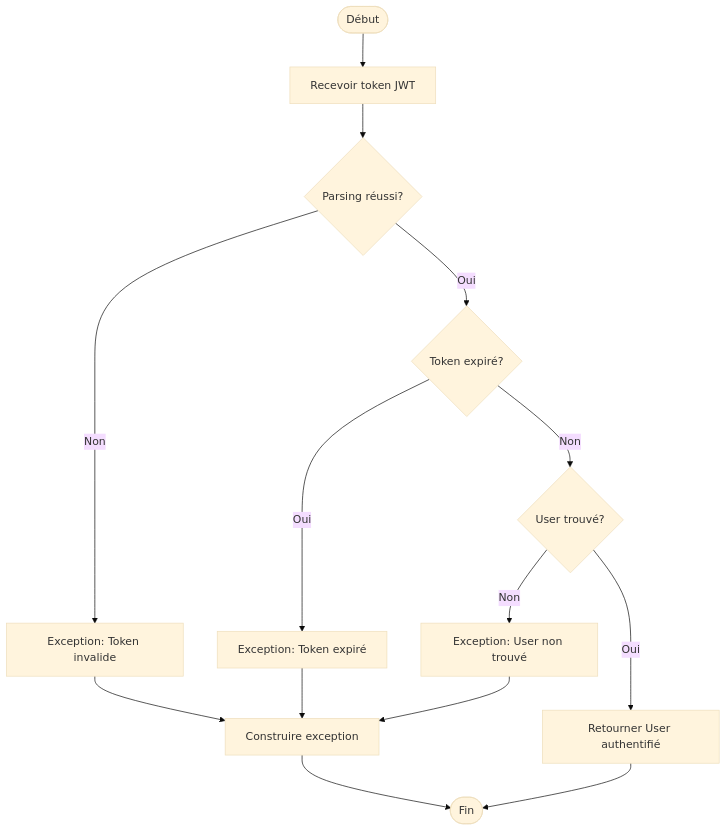
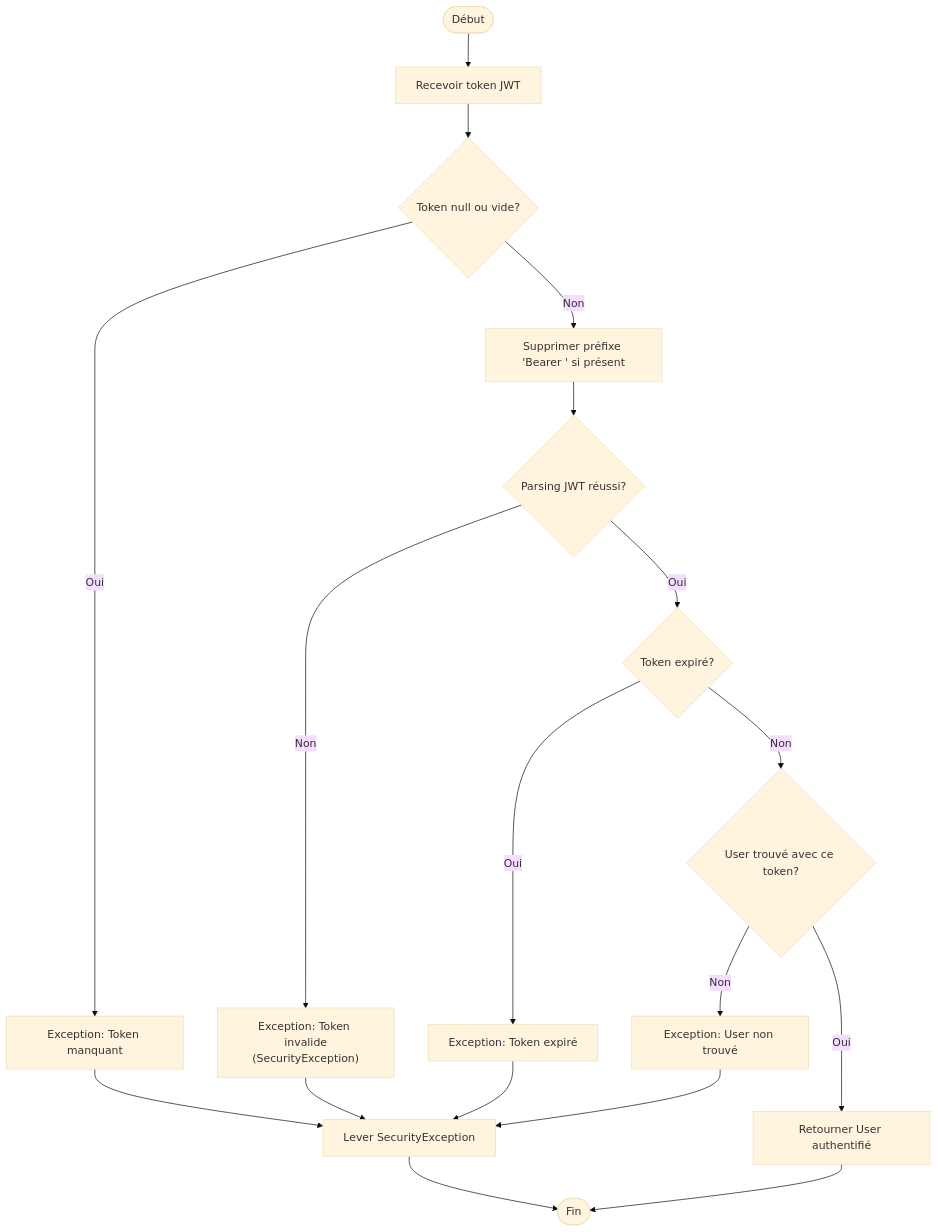
The diagram in CFG/validateToken.md (oberlinkeyanfe-ops/TP352), drawn with Mermaid (base theme) before and after one commit. The commit also changed 64 other files, not shown here.

````diff
--- a/CFG/validateToken.md
+++ b/CFG/validateToken.md
@@ -1,16 +1,20 @@
 ```mermaid
 flowchart TD
     Start(["Début"]) --> Input["Recevoir token JWT"]
-    Input --> ParseToken{"Parsing réussi?"}
-    ParseToken -->|"Non"| ErrorParse["Exception: Token invalide"]
+    Input --> CheckNull{"Token null ou vide?"}
+    CheckNull -->|"Oui"| ErrorNull["Exception: Token manquant"]
+    CheckNull -->|"Non"| RemoveBearer["Supprimer préfixe 'Bearer ' si présent"]
+    RemoveBearer --> ParseToken{"Parsing JWT réussi?"}
+    ParseToken -->|"Non"| ErrorParse["Exception: Token invalide<br/>(SecurityException)"]
     ParseToken -->|"Oui"| CheckExpiration{"Token expiré?"}
     CheckExpiration -->|"Oui"| ErrorExpired["Exception: Token expiré"]
-    CheckExpiration -->|"Non"| FindUser{"User trouvé?"}
+    CheckExpiration -->|"Non"| FindUser{"User trouvé avec ce token?"}
     FindUser -->|"Non"| ErrorUser["Exception: User non trouvé"]
     FindUser -->|"Oui"| Success["Retourner User authentifié"]
-    ErrorParse --> BuildError["Construire exception"]
+    ErrorNull --> BuildError["Lever SecurityException"]
+    ErrorParse --> BuildError
     ErrorExpired --> BuildError
     ErrorUser --> BuildError
     Success --> Return(["Fin"])
     BuildError --> Return
 ```
````
